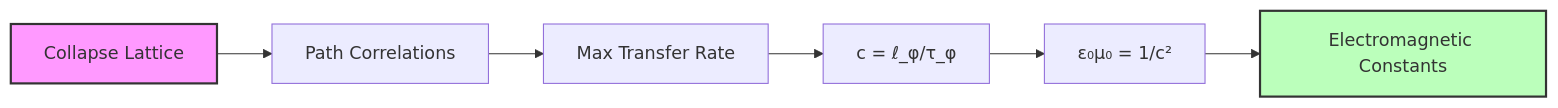
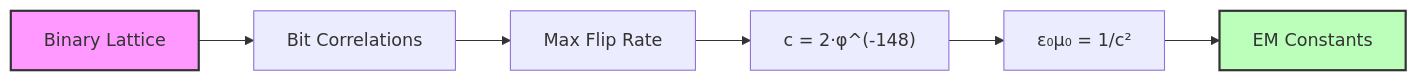
Before and after one commit to loning/the-phys: the second of 3 diagrams in docs/psi-constants/part-03-spectral-constants/chapter-048-collapse-electromagnetic-constants-epsilon-mu.md, drawn with Mermaid. The commit also changed other lines of this file and 4 other files, not shown here.

````diff
--- a/docs/psi-constants/part-03-spectral-constants/chapter-048-collapse-electromagnetic-constants-epsilon-mu.md
+++ b/docs/psi-constants/part-03-spectral-constants/chapter-048-collapse-electromagnetic-constants-epsilon-mu.md
@@ -123,11 +164,11 @@
 ```mermaid
 graph LR
-    A["Collapse Lattice"] --> B["Path Correlations"]
-    B --> C["Max Transfer Rate"]
-    C --> D["c = ℓ_φ/τ_φ"]
+    A["Binary Lattice"] --> B["Bit Correlations"]
+    B --> C["Max Flip Rate"]
+    C --> D["c = 2·φ^(-148)"]
     D --> E["ε₀μ₀ = 1/c²"]
-    E --> F["Electromagnetic Constants"]
+    E --> F["EM Constants"]
     
     style A fill:#f9f,stroke:#333,stroke-width:2px
     style F fill:#bfb,stroke:#333,stroke-width:2px
 ```
````
